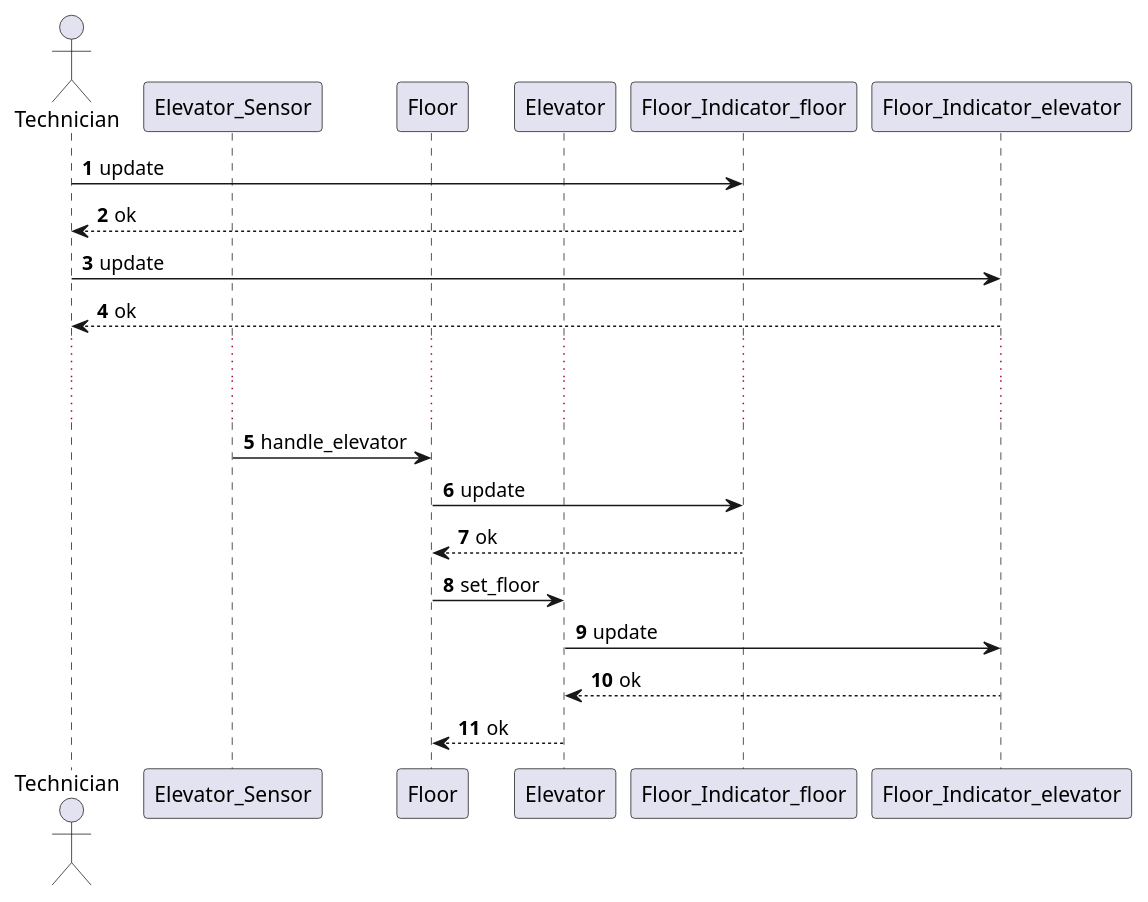
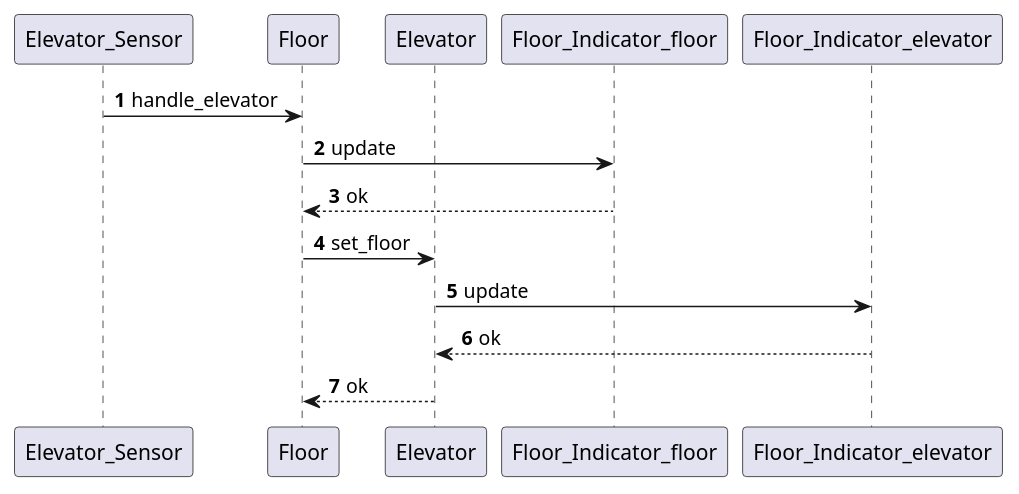
One commit to MarijnVerschuren/Tech changed the diagram in software/design/elevator/update_floor_indicator_sequence_diagram.puml. Above: the diagram before and after it, drawn with PlantUML. The commit also changed 39 other files, not shown here.

```diff
--- a/software/design/elevator/update_floor_indicator_sequence_diagram.puml
+++ b/software/design/elevator/update_floor_indicator_sequence_diagram.puml
@@ -1,28 +1,21 @@
 @startuml
 autonumber
 
-actor Technician as T
 participant Elevator_Sensor as ES
 participant Floor as F
 participant Elevator as E
 participant Floor_Indicator_floor as FIf
 participant Floor_Indicator_elevator as FIe
 
-T		->		FIf:	update
-FIf		-->		T:		ok
-T		->		FIe:	update
-FIe		-->		T:		ok
-...
-...
 ES		->		F:		handle_elevator
 F		->		FIf:	update
 FIf		-->		F:		ok
 F		->		E:		set_floor
 E		->		FIe:	update
 FIe		-->		E:		ok
 E		-->		F:		ok
 
 
 
 
 @enduml
```
